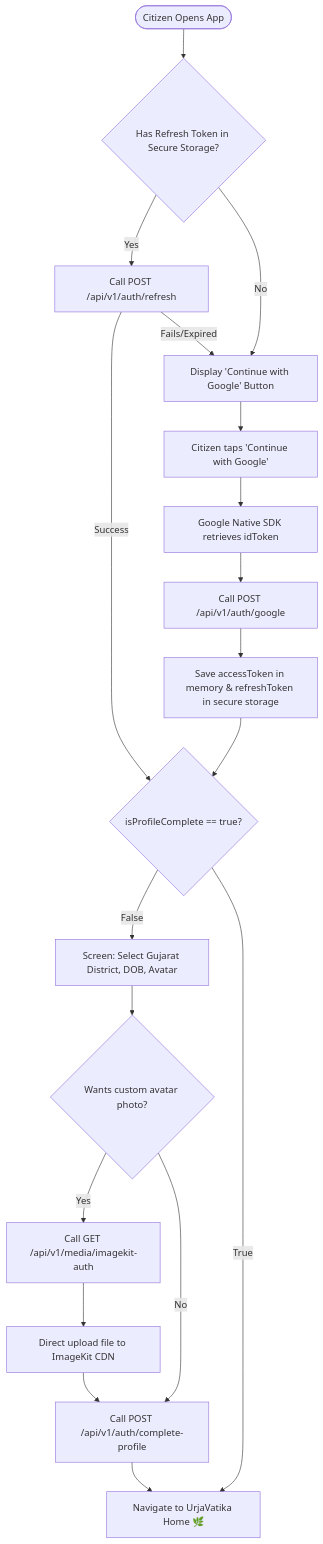
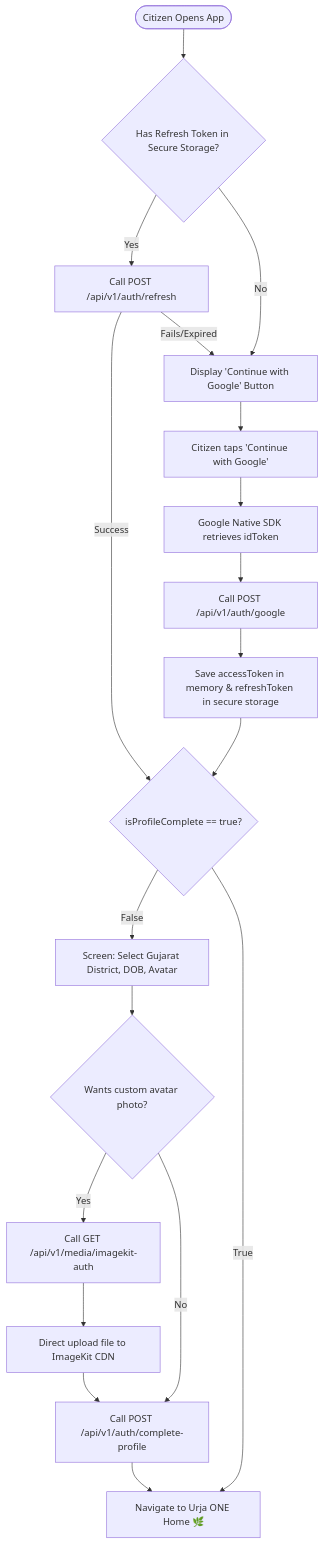
The diagram in docs/reference/FRONTEND.md (vivek3658/iit-gandhinagar-hackathon), drawn with Mermaid before and after one commit. The commit also changed other lines of this file and 13 other files, not shown here.

Commit message:
docs: standardize app name to Urja ONE across markdown documentation

````diff
--- a/docs/reference/FRONTEND.md
+++ b/docs/reference/FRONTEND.md
@@ -10,29 +10,29 @@
 ```mermaid
 flowchart TD
     START([Citizen Opens App]) --> CHECK_AUTH{Has Refresh Token in Secure Storage?}
     
     CHECK_AUTH -- Yes --> SILENT_REFRESH[Call POST /api/v1/auth/refresh]
     SILENT_REFRESH -- Success --> PROFILE_CHECK{isProfileComplete == true?}
     SILENT_REFRESH -- Fails/Expired --> LOGIN_SCREEN[Display 'Continue with Google' Button]
     
     CHECK_AUTH -- No --> LOGIN_SCREEN
     
     LOGIN_SCREEN --> TAP_GOOGLE[Citizen taps 'Continue with Google']
     TAP_GOOGLE --> GET_ID_TOKEN[Google Native SDK retrieves idToken]
     GET_ID_TOKEN --> POST_AUTH[Call POST /api/v1/auth/google]
     
     POST_AUTH --> SAVE_TOKENS[Save accessToken in memory & refreshToken in secure storage]
     SAVE_TOKENS --> PROFILE_CHECK
     
     PROFILE_CHECK -- False --> ONBOARDING[Screen: Select Gujarat District, DOB, Avatar]
     ONBOARDING --> UPLOAD_AVATAR{Wants custom avatar photo?}
     
     UPLOAD_AVATAR -- Yes --> GET_SIG[Call GET /api/v1/media/imagekit-auth]
     GET_SIG --> DIRECT_UPLOAD[Direct upload file to ImageKit CDN]
     DIRECT_UPLOAD --> SUBMIT_PROFILE[Call POST /api/v1/auth/complete-profile]
     
     UPLOAD_AVATAR -- No --> SUBMIT_PROFILE
     
-    SUBMIT_PROFILE --> HOME_SCREEN[Navigate to UrjaVatika Home 🌿]
+    SUBMIT_PROFILE --> HOME_SCREEN[Navigate to Urja ONE Home 🌿]
     PROFILE_CHECK -- True --> HOME_SCREEN
 ```
````
